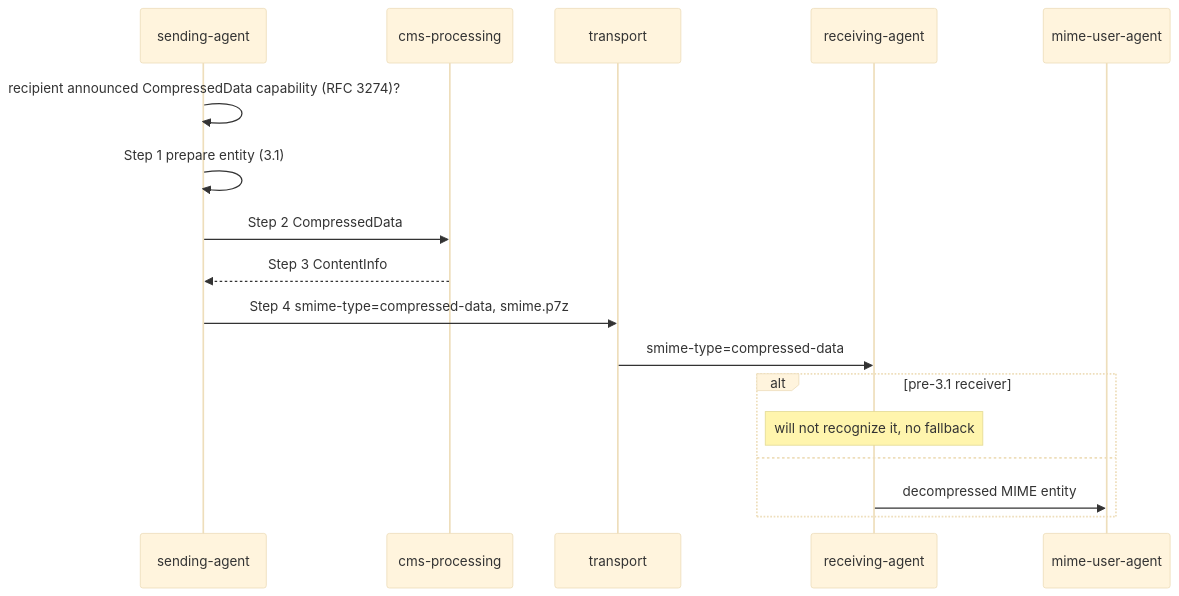
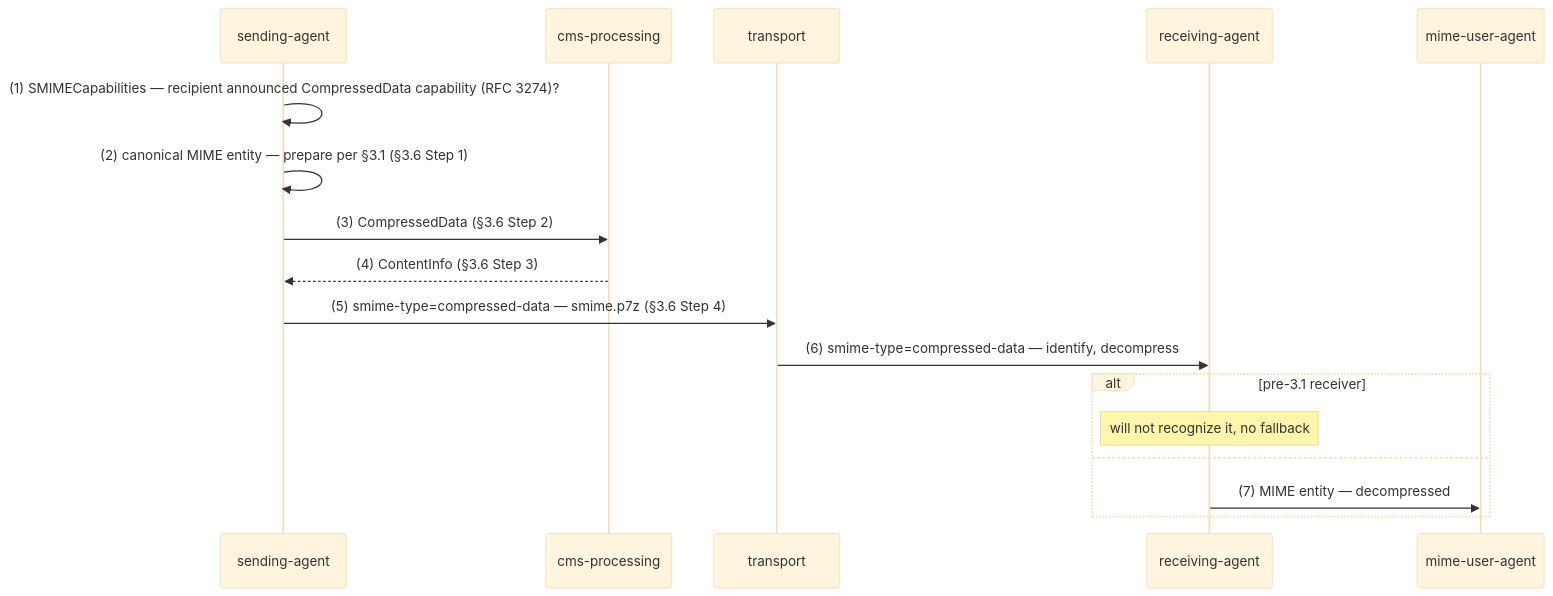
Diagram 11 of 28 in records/ietf/rfc-8551/distilled/protocol.md (m-of-n/library), drawn with Mermaid (base theme) before and after one commit. The commit also changed other lines of this file and 10 other files, not shown here.

````diff
--- a/records/ietf/rfc-8551/distilled/protocol.md
+++ b/records/ietf/rfc-8551/distilled/protocol.md
@@ -279,19 +282,19 @@
 ```mermaid
 sequenceDiagram
   participant SA as sending-agent
   participant CMS as cms-processing
   participant T as transport
   participant RA as receiving-agent
   participant MUA as mime-user-agent
-  SA->>SA: recipient announced CompressedData capability (RFC 3274)?
-  SA->>SA: Step 1 prepare entity (3.1)
-  SA->>CMS: Step 2 CompressedData
-  CMS-->>SA: Step 3 ContentInfo
-  SA->>T: Step 4 smime-type=compressed-data, smime.p7z
-  T->>RA: smime-type=compressed-data
+  SA->>SA: (1) SMIMECapabilities — recipient announced CompressedData capability (RFC 3274)?
+  SA->>SA: (2) canonical MIME entity — prepare per §3.1 (§3.6 Step 1)
+  SA->>CMS: (3) CompressedData (§3.6 Step 2)
+  CMS-->>SA: (4) ContentInfo (§3.6 Step 3)
+  SA->>T: (5) smime-type=compressed-data — smime.p7z (§3.6 Step 4)
+  T->>RA: (6) smime-type=compressed-data — identify, decompress
   alt pre-3.1 receiver
     Note over RA: will not recognize it, no fallback
   else
-    RA->>MUA: decompressed MIME entity
+    RA->>MUA: (7) MIME entity — decompressed
   end
 ```
````
